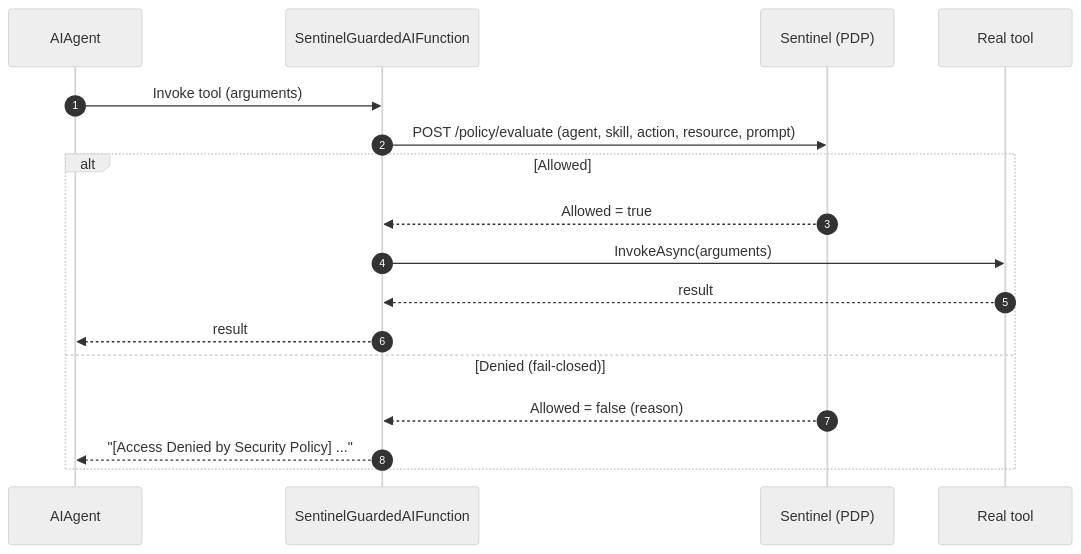
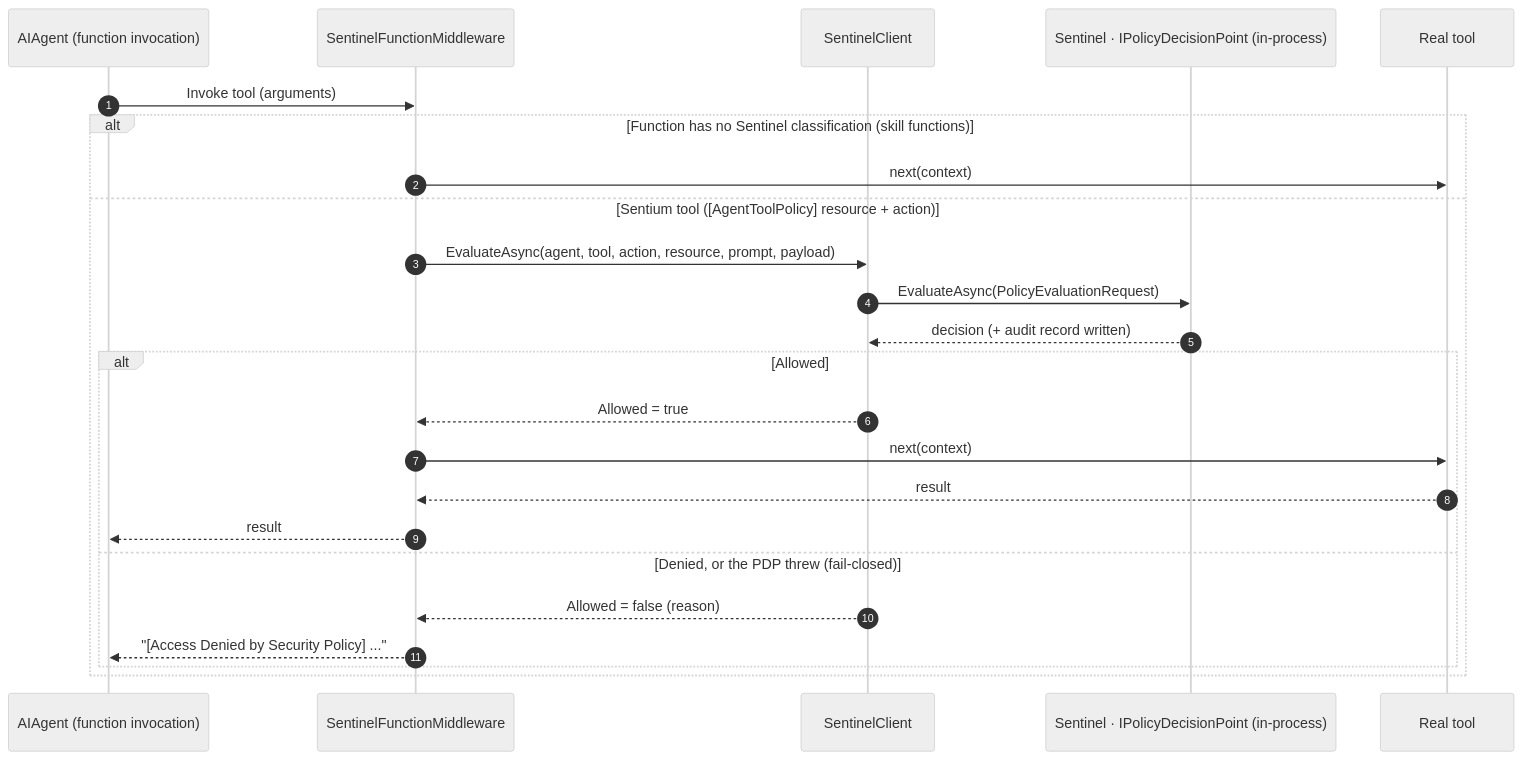
The diagram in docs/diagrams/agents-4-tool-sentinel-check.md (mihailshterev/sentium), drawn with Mermaid (neutral theme) before and after one commit. The commit also changed 138 other files, not shown here.

````diff
--- a/docs/diagrams/agents-4-tool-sentinel-check.md
+++ b/docs/diagrams/agents-4-tool-sentinel-check.md
@@ -1,20 +1,27 @@
 ```mermaid
 sequenceDiagram
     autonumber
-    participant AG as AIAgent
-    participant G as SentinelGuardedAIFunction
-    participant SE as Sentinel (PDP)
+    participant AG as AIAgent (function invocation)
+    participant M as SentinelFunctionMiddleware
+    participant SC as SentinelClient
+    participant PDP as Sentinel · IPolicyDecisionPoint (in-process)
     participant T as Real tool
 
-    AG->>G: Invoke tool (arguments)
-    G->>SE: POST /policy/evaluate (agent, skill, action, resource, prompt)
-    alt Allowed
-        SE-->>G: Allowed = true
-        G->>T: InvokeAsync(arguments)
-        T-->>G: result
-        G-->>AG: result
-    else Denied (fail-closed)
-        SE-->>G: Allowed = false (reason)
-        G-->>AG: "[Access Denied by Security Policy] ..."
+    AG->>M: Invoke tool (arguments)
+    alt Function has no Sentinel classification (skill functions)
+        M->>T: next(context)
+    else Sentium tool ([AgentToolPolicy] resource + action)
+        M->>SC: EvaluateAsync(agent, tool, action, resource, prompt, payload)
+        SC->>PDP: EvaluateAsync(PolicyEvaluationRequest)
+        PDP-->>SC: decision (+ audit record written)
+        alt Allowed
+            SC-->>M: Allowed = true
+            M->>T: next(context)
+            T-->>M: result
+            M-->>AG: result
+        else Denied, or the PDP threw (fail-closed)
+            SC-->>M: Allowed = false (reason)
+            M-->>AG: "[Access Denied by Security Policy] ..."
+        end
     end
 ```
````
